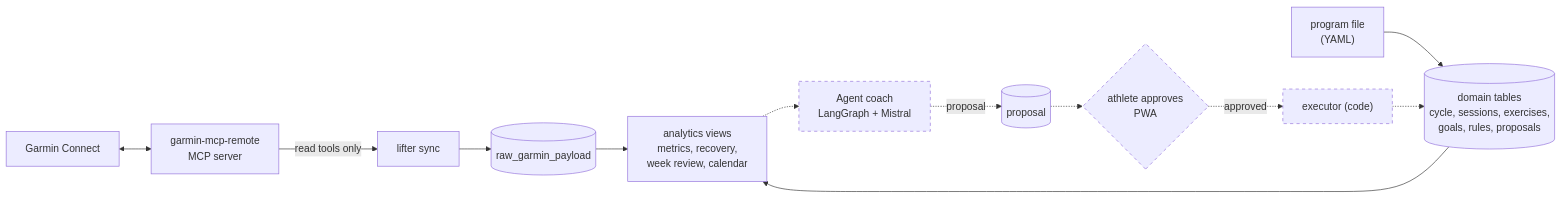
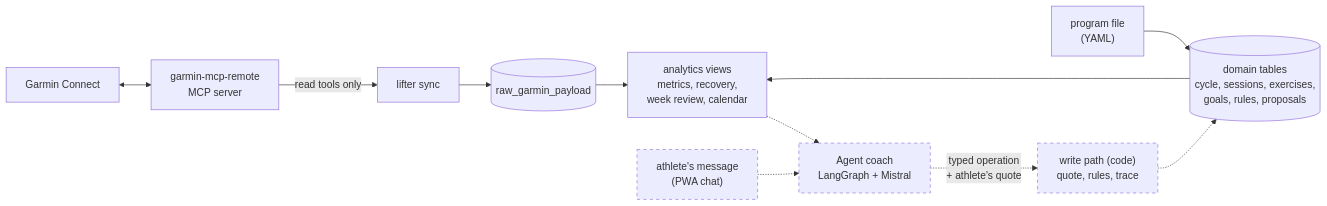
One commit to gabrielkpo/lifter changed the diagram in README.md. Above: the diagram before and after it, drawn with Mermaid. The commit also changed other lines of this file and 2 other files, not shown here.

````diff
--- a/README.md
+++ b/README.md
@@ -36,16 +32,15 @@
 ```mermaid
 flowchart LR
     G["Garmin Connect"] <--> M["garmin-mcp-remote<br/>MCP server"]
     M -->|read tools only| S["lifter sync"]
     S --> R[("raw_garmin_payload")]
     R --> V["analytics views<br/>metrics, recovery,<br/>week review, calendar"]
     F["program file<br/>(YAML)"] --> D
     D[("domain tables<br/>cycle, sessions, exercises,<br/>goals, rules, proposals")] --> V
     V -.-> A["Agent coach<br/>LangGraph + Mistral"]
-    A -.->|proposal| P[("proposal")]
-    P -.-> U{"athlete approves<br/>PWA"}
-    U -.->|approved| X["executor (code)"]
+    U["athlete's message<br/>(PWA chat)"] -.-> A
+    A -.->|typed operation<br/>+ athlete's quote| X["write path (code)<br/>quote, rules, trace"]
     X -.-> D
     classDef planned stroke-dasharray: 5 5
     class A,U,X planned
 ```
````
